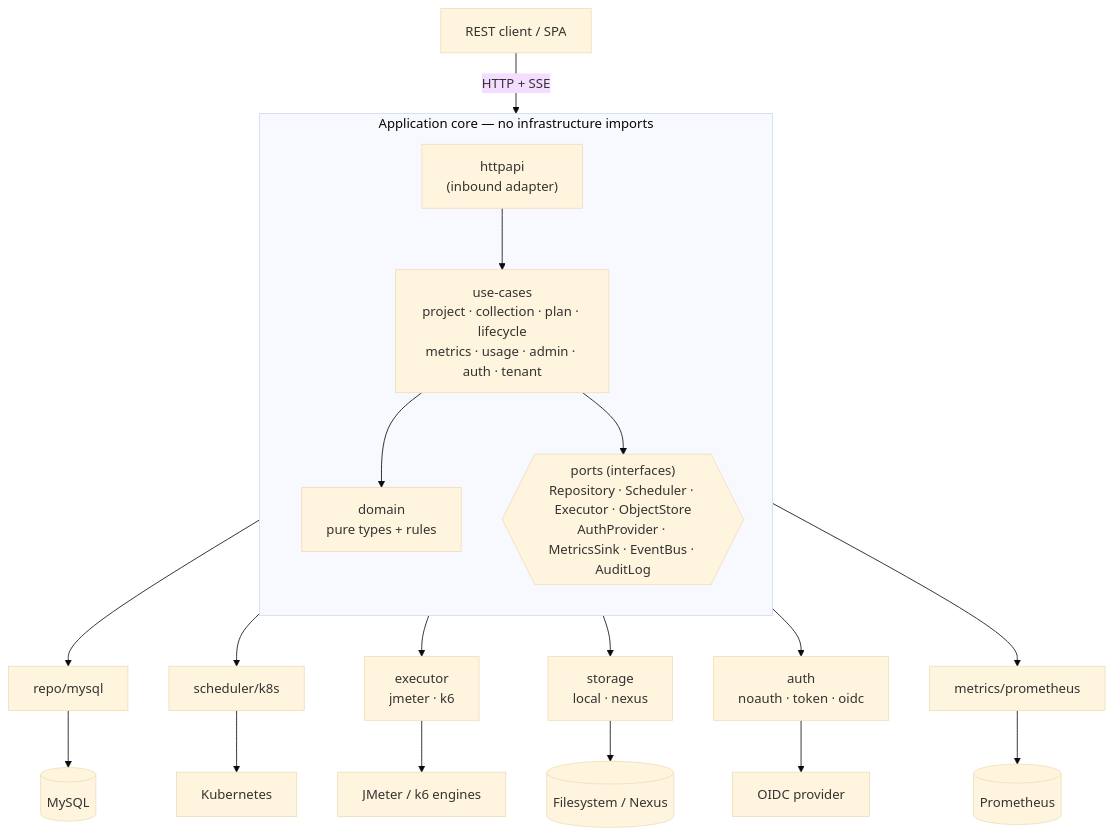
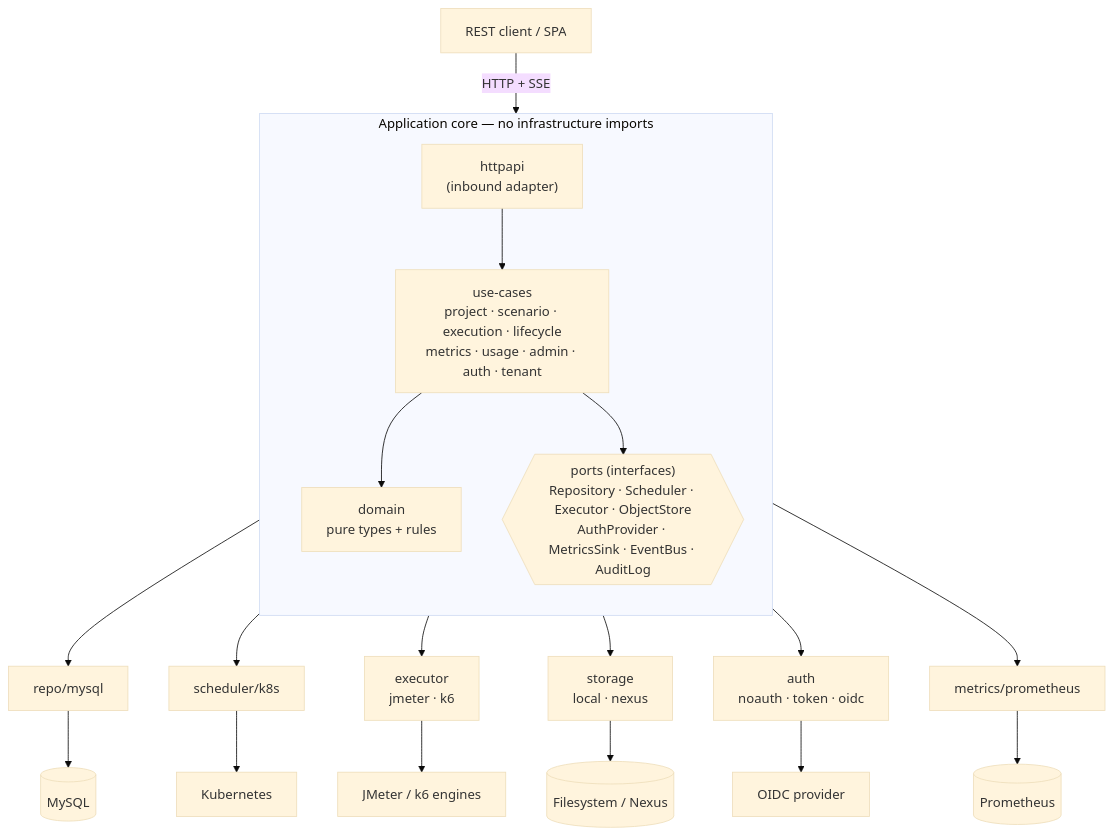
Before and after one commit to hveda/Setagaya: the first of 2 diagrams in README.md, drawn with Mermaid (base theme). The commit also changed other lines of this file and 42 other files, not shown here.

````diff
--- a/README.md
+++ b/README.md
@@ -67,31 +67,31 @@
 ```mermaid
 flowchart TB
     client["REST client / SPA"]
 
     subgraph core["Application core — no infrastructure imports"]
         direction TB
         api["httpapi<br/>(inbound adapter)"]
-        app["use-cases<br/>project · collection · plan · lifecycle<br/>metrics · usage · admin · auth · tenant"]
+        app["use-cases<br/>project · scenario · execution · lifecycle<br/>metrics · usage · admin · auth · tenant"]
         domain["domain<br/>pure types + rules"]
         ports{{"ports (interfaces)<br/>Repository · Scheduler · Executor · ObjectStore<br/>AuthProvider · MetricsSink · EventBus · AuditLog"}}
         api --> app
         app --> domain
         app --> ports
     end
 
     client -->|HTTP + SSE| api
 
     ports --> repo["repo/mysql"]
     ports --> sched["scheduler/k8s"]
     ports --> exec["executor<br/>jmeter · k6"]
     ports --> store["storage<br/>local · nexus"]
     ports --> authp["auth<br/>noauth · token · oidc"]
     ports --> metrics["metrics/prometheus"]
 
     repo --> db[("MySQL")]
     sched --> k8s["Kubernetes"]
     exec --> engines["JMeter / k6 engines"]
     store --> blob[("Filesystem / Nexus")]
     metrics --> prom[("Prometheus")]
     authp --> idp["OIDC provider"]
 ```
````
